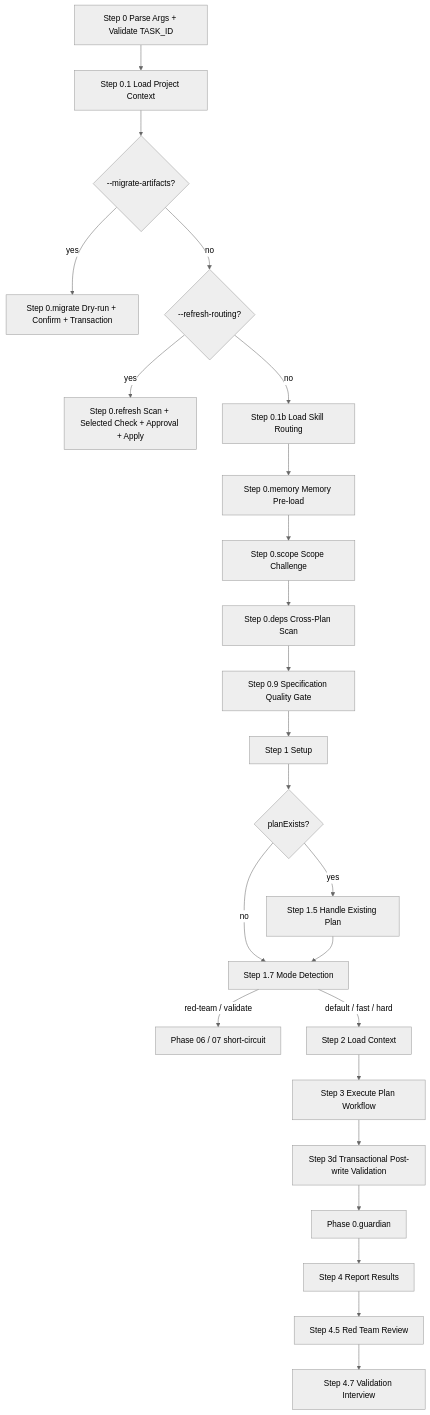
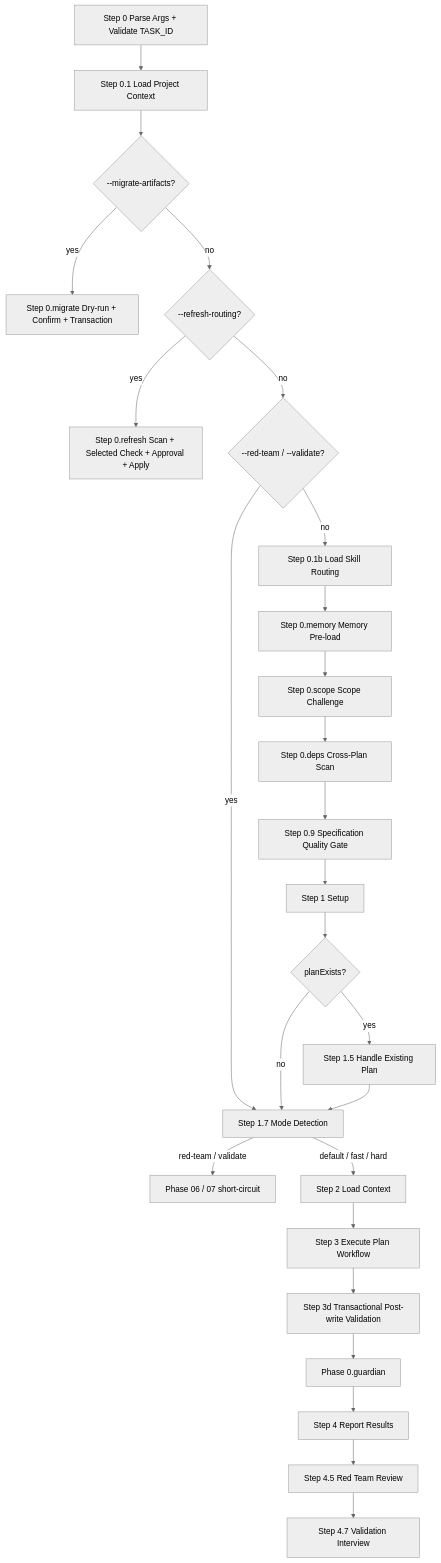
One commit to vinhltt/tdk changed the diagram in .specify/plugins/tdk-core/skills/tdk-plan/SKILL.md. Above: the diagram before and after it, drawn with Mermaid (neutral theme). The commit also changed other lines of this file and 26 other files, not shown here.

````diff
--- a/.specify/plugins/tdk-core/skills/tdk-plan/SKILL.md
+++ b/.specify/plugins/tdk-core/skills/tdk-plan/SKILL.md
@@ -60,26 +60,28 @@
 ```mermaid
 flowchart TD
     A[Step 0 Parse Args + Validate TASK_ID] --> B[Step 0.1 Load Project Context]
     B --> BM{--migrate-artifacts?}
     BM -->|yes| MW[Step 0.migrate Dry-run + Confirm + Transaction]
     BM -->|no| BR{--refresh-routing?}
     BR -->|yes| RW[Step 0.refresh Scan + Selected Check + Approval + Apply]
-    BR -->|no| B2[Step 0.1b Load Skill Routing]
+    BR -->|no| RV{--red-team / --validate?}
+    RV -->|yes| M
+    RV -->|no| B2[Step 0.1b Load Skill Routing]
     B2 --> C[Step 0.memory Memory Pre-load]
     C --> S[Step 0.scope Scope Challenge]
     S --> X[Step 0.deps Cross-Plan Scan]
     X --> Q[Step 0.9 Specification Quality Gate]
     Q --> D[Step 1 Setup]
     D --> E{planExists?}
     E -->|yes| F[Step 1.5 Handle Existing Plan]
     E -->|no| M[Step 1.7 Mode Detection]
     F --> M
     M -->|red-team / validate| RT[Phase 06 / 07 short-circuit]
     M -->|default / fast / hard| G[Step 2 Load Context]
     G --> H[Step 3 Execute Plan Workflow]
     H --> PV[Step 3d Transactional Post-write Validation]
     PV --> I[Phase 0.guardian]
     I --> J[Step 4 Report Results]
     J --> RT2[Step 4.5 Red Team Review]
     RT2 --> V[Step 4.7 Validation Interview]
 ```
````
